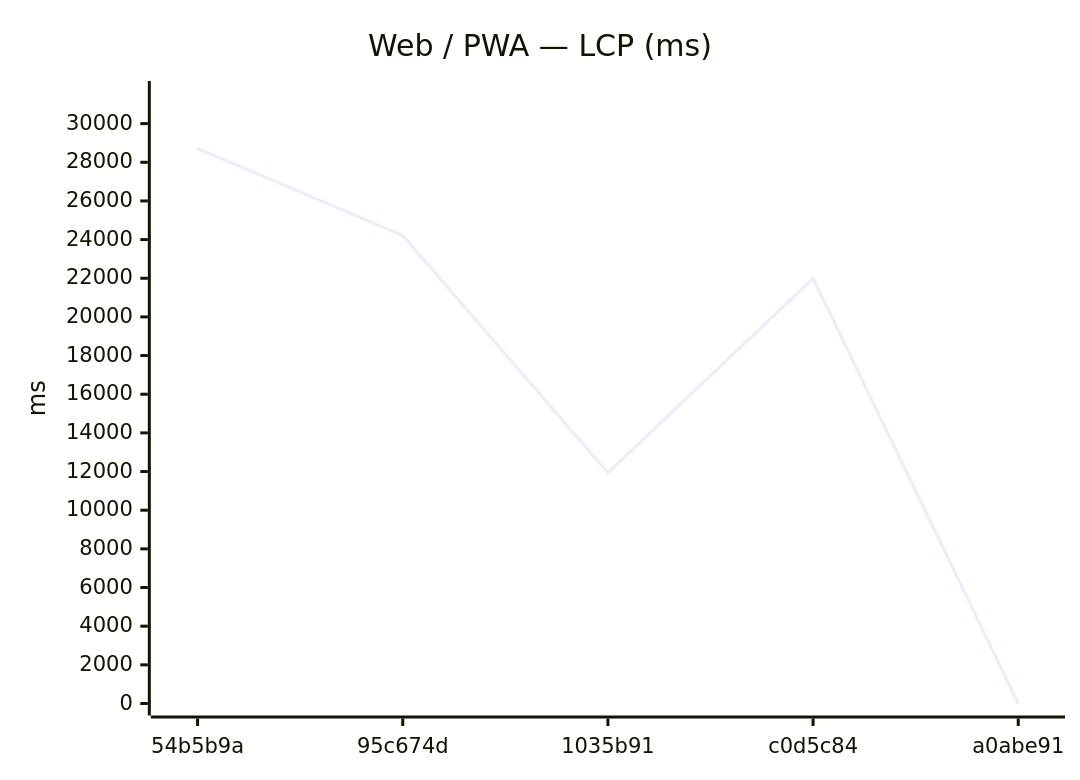
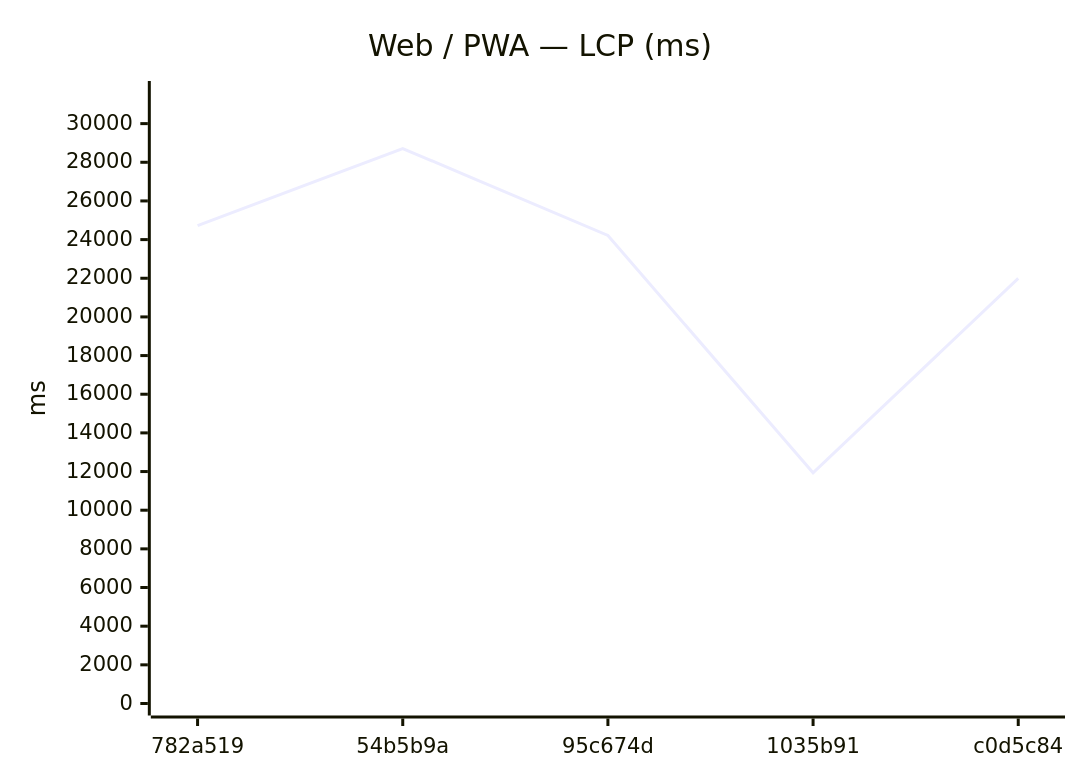
One commit to Metaheurist/Rianell changed the seventh of 18 diagrams in benchmarks/compare.md. Above: the diagram before and after it, drawn with Mermaid. The commit also changed other lines of this file and 11 other files, not shown here.

````diff
--- a/benchmarks/compare.md
+++ b/benchmarks/compare.md
@@ -117,7 +117,7 @@
 ```mermaid
 xychart-beta
     title "Web / PWA — LCP (ms)"
-    x-axis ["54b5b9a", "95c674d", "1035b91", "c0d5c84", "a0abe91"]
+    x-axis ["782a519", "54b5b9a", "95c674d", "1035b91", "c0d5c84"]
     y-axis "ms" 0 --> 31584
-    line [28712, 24213, 11936, 21994, 0]
+    line [24725, 28712, 24213, 11936, 21994]
 ```
````
